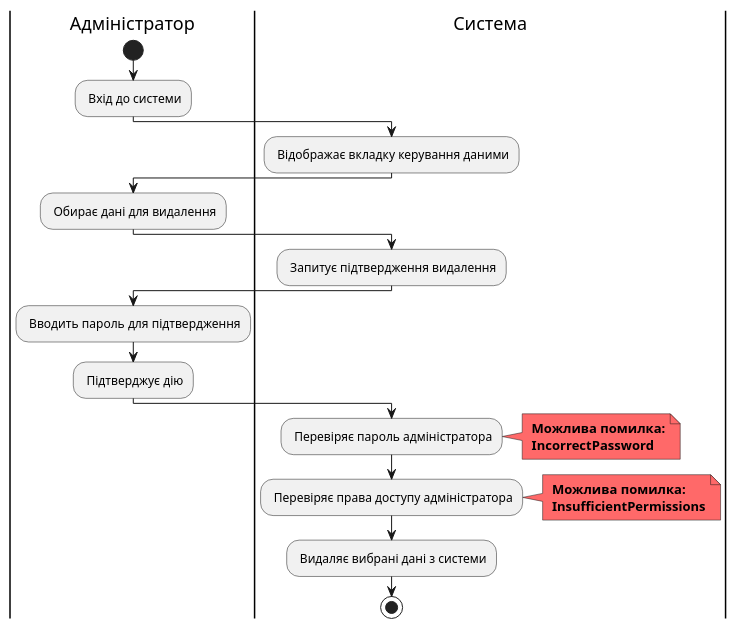
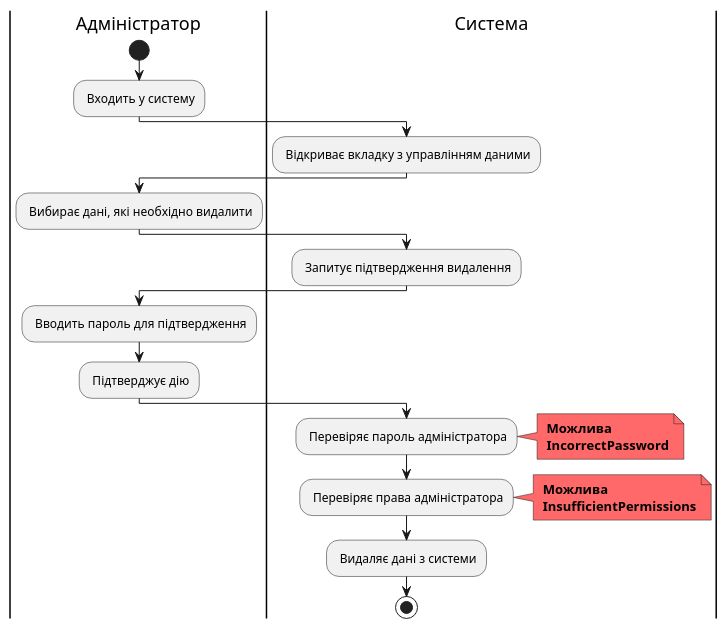
One commit to tyntyntynnnn/edu_db_labs changed the seventh of 14 diagrams in docs/use cases/README.md. Above: the diagram before and after it, drawn with PlantUML. The commit also changed other lines of this file, not shown here.

```diff
--- a/docs/use cases/README.md
+++ b/docs/use cases/README.md
@@ -317,36 +280,37 @@
 @startuml
 
-|Адміністратор|
-start;
-: Вхід до системи;
+    |Адміністратор|
+    start;
+    : Входить у систему;
+    
+    |Система|
+    : Відкриває вкладку з управлінням даними;
+    
+    |Адміністратор|
+    : Вибирає дані, які необхідно видалити;
+    
+    |Система|
+    : Запитує підтвердження видалення;
+    
+    |Адміністратор|
+    : Вводить пароль для підтвердження;
+    : Підтверджує дію;
+    
+    |Система|
+    : Перевіряє пароль адміністратора;
+    note right #FF6969
+    <b> Можлива
+    <b> IncorrectPassword
+    end note
+    
+    : Перевіряє права адміністратора;
+    note right #FF6969
+    <b> Можлива
+    <b> InsufficientPermissions
+    end note
+    
+    : Видаляє дані з системи;
+    
+    stop;
 
-|Система|
-: Відображає вкладку керування даними;
-
-|Адміністратор|
-: Обирає дані для видалення;
-
-|Система|
-: Запитує підтвердження видалення;
-
-|Адміністратор|
-: Вводить пароль для підтвердження;
-: Підтверджує дію;
-
-|Система|
-: Перевіряє пароль адміністратора;
-note right #FF6969
-<b> Можлива помилка:
-<b> IncorrectPassword
-end note
-
-: Перевіряє права доступу адміністратора;
-note right #FF6969
-<b> Можлива помилка:
-<b> InsufficientPermissions
-end note
-
-: Видаляє вибрані дані з системи;
-
-stop;
 @enduml
```
